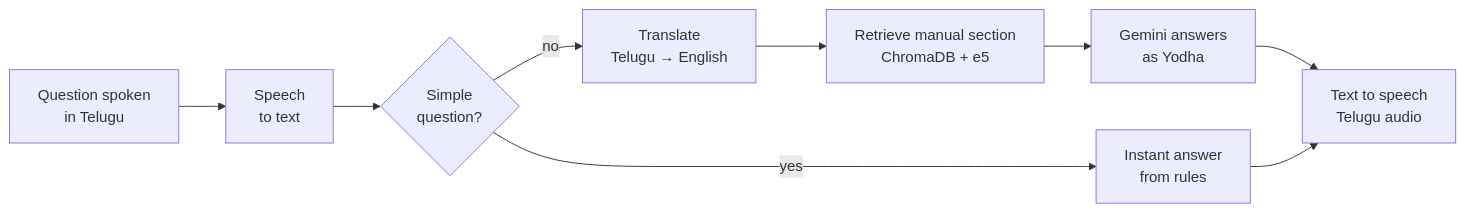
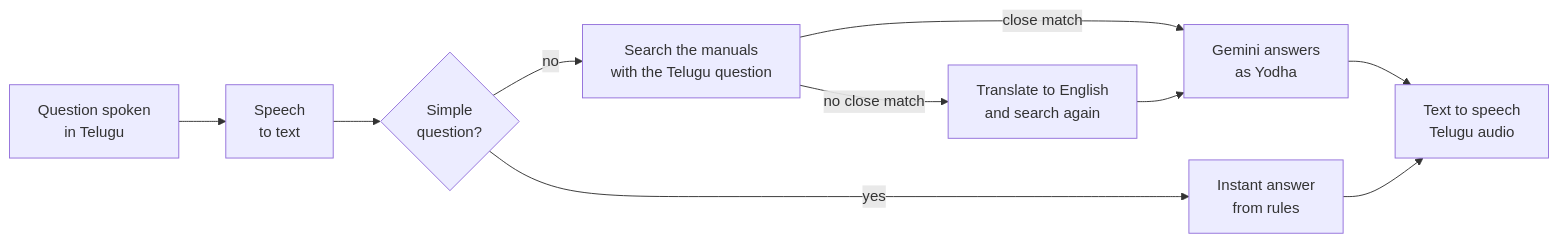
Before and after one commit to SEVT-Logistics-Private-Limited/My-AI-Engineering-Journey: the first of 3 diagrams in projects/telugu-voice-assistant/README.md, drawn with Mermaid. The commit also changed other lines of this file and 2 other files, not shown here.

````diff
--- a/projects/telugu-voice-assistant/README.md
+++ b/projects/telugu-voice-assistant/README.md
@@ -45,11 +41,12 @@
 ```mermaid
 flowchart LR
     Q["Question spoken<br/>in Telugu"] --> STT["Speech<br/>to text"]
     STT --> R{"Simple<br/>question?"}
     R -- "yes" --> RU["Instant answer<br/>from rules"]
-    R -- "no" --> TR["Translate<br/>Telugu → English"]
-    TR --> RET["Retrieve manual section<br/>ChromaDB + e5"]
-    RET --> LLM["Gemini answers<br/>as Yodha"]
+    R -- "no" --> RET["Search the manuals<br/>with the Telugu question"]
+    RET -- "close match" --> LLM["Gemini answers<br/>as Yodha"]
+    RET -- "no close match" --> TR["Translate to English<br/>and search again"]
+    TR --> LLM
     LLM --> TTS["Text to speech<br/>Telugu audio"]
     RU --> TTS
 ```
````
